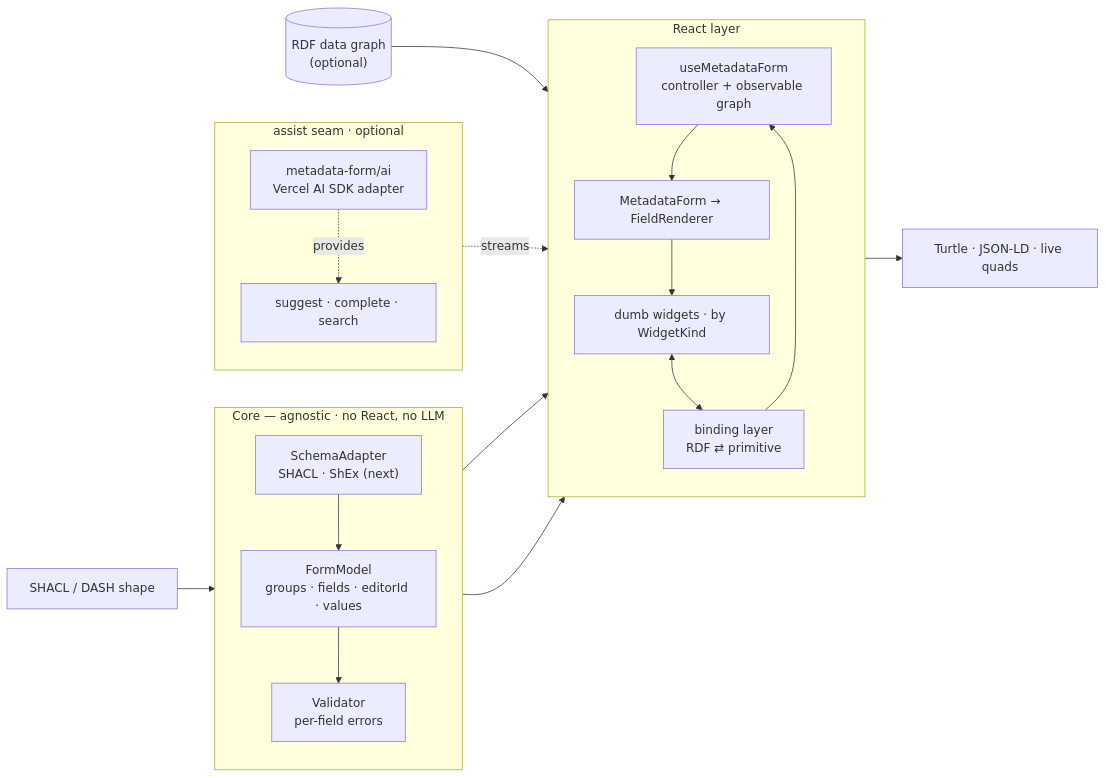
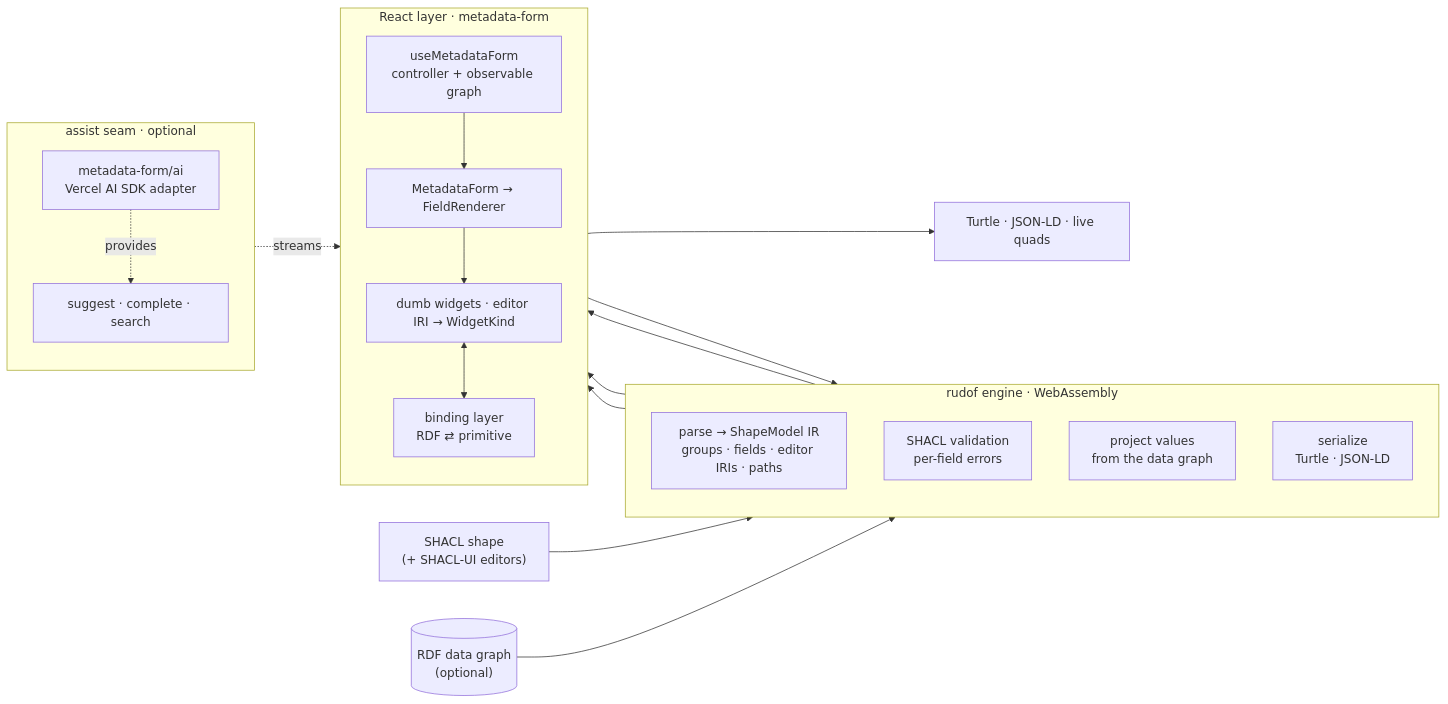
One commit to Kanzo-Tech/metadata-form changed the diagram in README.md. Above: the diagram before and after it, drawn with Mermaid. The commit also changed other lines of this file and 4 other files, not shown here.

First line of the commit message:
docs: refresh around the rudof engine + SHACL-UI (Phase 4 docs)

````diff
--- a/README.md
+++ b/README.md
@@ -195,38 +247,39 @@
 ```mermaid
 flowchart LR
-  shape["SHACL / DASH shape"]
+  shape["SHACL shape<br/>(+ SHACL-UI editors)"]
   data[("RDF data graph<br/>(optional)")]
 
-  subgraph core["Core — agnostic · no React, no LLM"]
+  subgraph engine["rudof engine · WebAssembly"]
     direction TB
-    adapter["SchemaAdapter<br/>SHACL · ShEx (next)"]
-    model["FormModel<br/>groups · fields · editorId · values"]
-    validator["Validator<br/>per-field errors"]
-    adapter --> model --> validator
+    parse["parse → ShapeModel IR<br/>groups · fields · editor IRIs · paths"]
+    validate["SHACL validation<br/>per-field errors"]
+    project["project values<br/>from the data graph"]
+    serialize["serialize<br/>Turtle · JSON-LD"]
   end
 
-  subgraph ui["React layer"]
+  subgraph ui["React layer · metadata-form"]
     direction TB
     controller["useMetadataForm<br/>controller + observable graph"]
     form["MetadataForm → FieldRenderer"]
     binding["binding layer<br/>RDF ⇄ primitive"]
-    widgets["dumb widgets · by WidgetKind"]
+    widgets["dumb widgets · editor IRI → WidgetKind"]
     controller --> form --> widgets
     widgets <--> binding
   end
 
   subgraph assist["assist seam · optional"]
     direction TB
     seam["suggest · complete · search"]
     ai["metadata-form/ai<br/>Vercel AI SDK adapter"]
     ai -. provides .-> seam
   end
 
-  shape --> adapter
-  data --> controller
-  model --> controller
-  validator --> controller
-  binding --> controller
+  shape --> parse
+  data --> project
+  parse --> controller
+  validate --> controller
+  project --> controller
+  binding --> serialize
+  controller --> out["Turtle · JSON-LD · live quads"]
   seam -. streams .-> widgets
-  controller --> out["Turtle · JSON-LD · live quads"]
 ```
````
